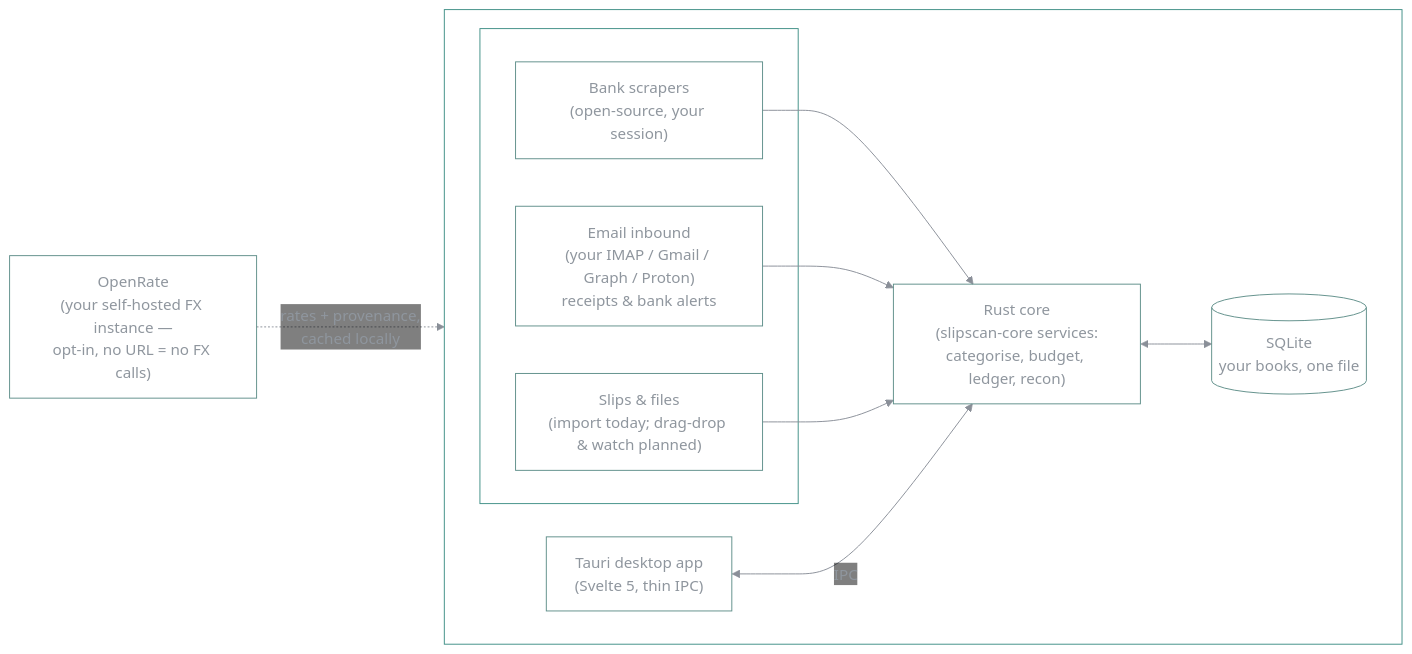
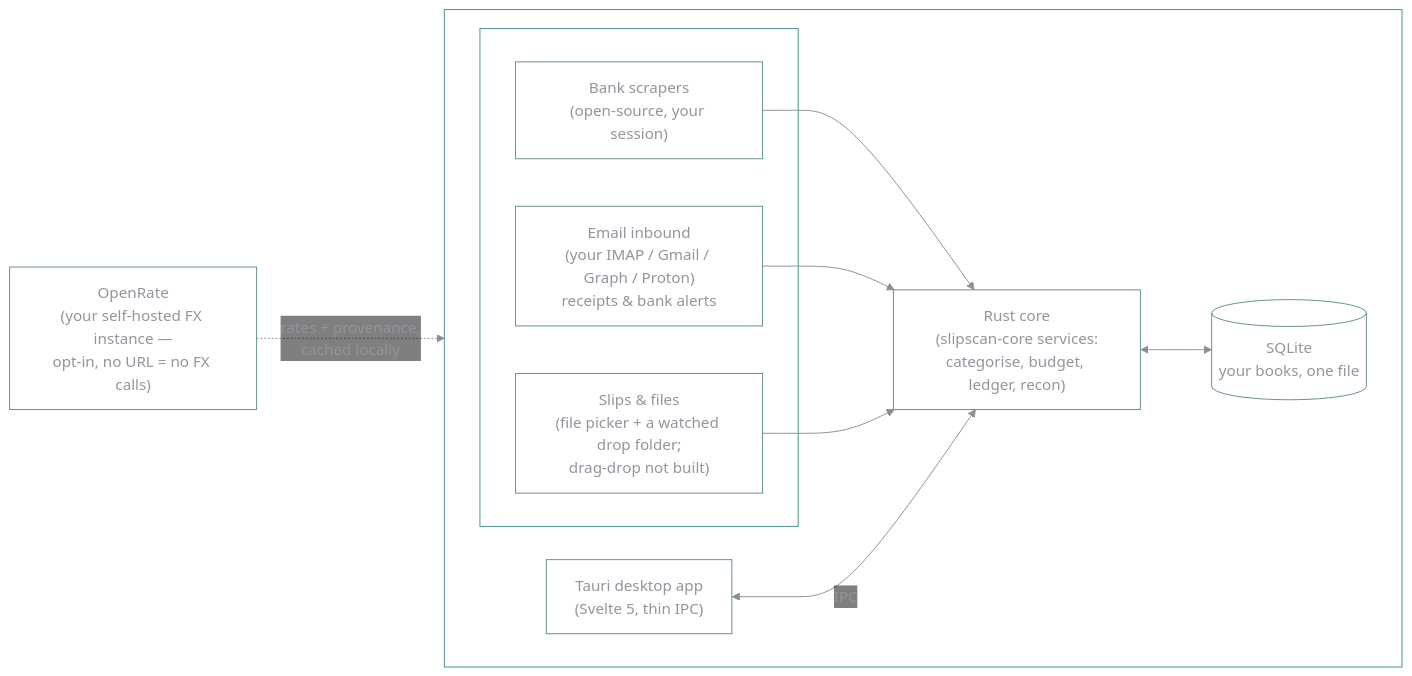
The first of 2 diagrams in README.md (vul-os/slipscan), drawn with Mermaid before and after one commit. The commit also changed other lines of this file and 51 other files, not shown here.

````diff
--- a/README.md
+++ b/README.md
@@ -167,22 +180,22 @@
 ```mermaid
 %%{init: {'theme':'base','themeVariables':{'fontFamily':'ui-monospace, SFMono-Regular, Menlo, monospace','primaryColor':'transparent','primaryBorderColor':'#14b8a6','primaryTextColor':'#8f969e','lineColor':'#8a8f98','nodeBorder':'#5f8f8a','edgeLabelBackground':'transparent','clusterBorder':'#3f8f86','clusterBkg':'transparent'}}}%%
 flowchart LR
     subgraph machine["your machine"]
         direction LR
         subgraph sources["sources"]
             bank["Bank scrapers<br/>(open-source, your session)"]
             mail["Email inbound<br/>(your IMAP / Gmail / Graph / Proton)<br/>receipts &amp; bank alerts"]
-            files["Slips &amp; files<br/>(import today; drag-drop &amp; watch planned)"]
+            files["Slips &amp; files<br/>(file picker + a watched drop folder;<br/>drag-drop not built)"]
         end
         core["Rust core<br/>(slipscan-core services:<br/>categorise, budget, ledger, recon)"]
         db[("SQLite<br/>your books, one file")]
         app["Tauri desktop app<br/>(Svelte 5, thin IPC)"]
         bank --> core
         mail --> core
         files --> core
         core <--> db
         app <-->|"IPC"| core
     end
     openrate["OpenRate<br/>(your self-hosted FX instance —<br/>opt-in, no URL = no FX calls)"]
     openrate -.->|"rates + provenance,<br/>cached locally"| core
 ```
````
